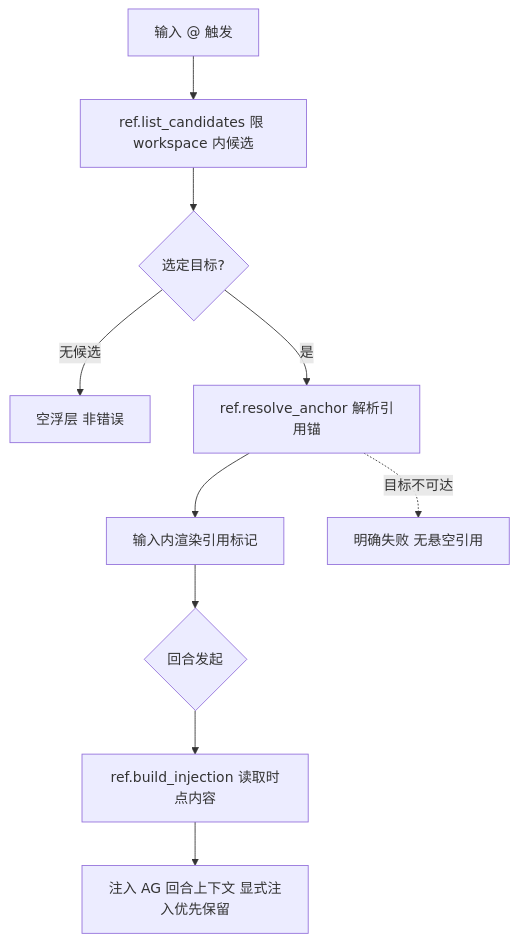
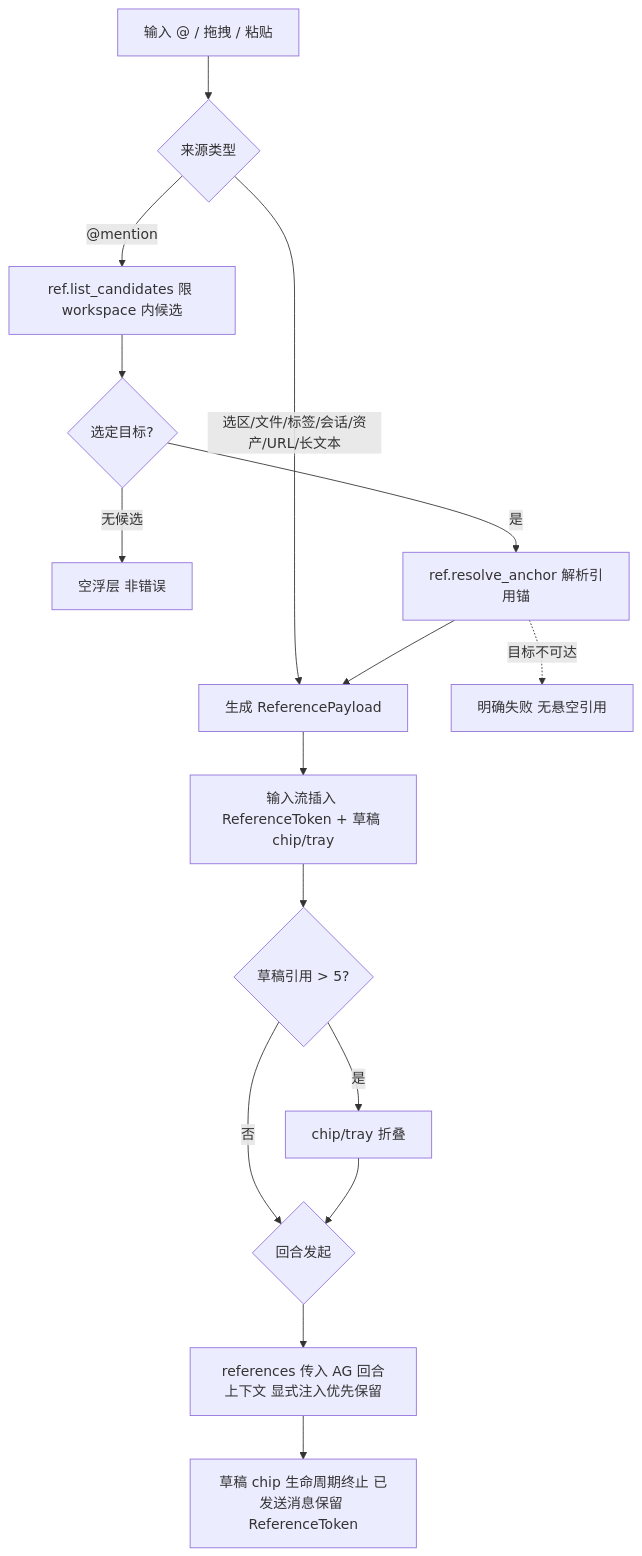
Before and after one commit to adu-chen/binder-desktop: the sixth of 10 diagrams in docs/01_modules/SYS/A-SYS-C-T-02_前端交互架构与流程总图.md, drawn with Mermaid. The commit also changed other lines of this file and 142 other files, not shown here.

````diff
--- a/docs/01_modules/SYS/A-SYS-C-T-02_前端交互架构与流程总图.md
+++ b/docs/01_modules/SYS/A-SYS-C-T-02_前端交互架构与流程总图.md
@@ -210,12 +263,18 @@
 ```mermaid
 flowchart TD
-  AT["输入 @ 触发"] --> LC[ref.list_candidates 限 workspace 内候选]
+  SRC["输入 @ / 拖拽 / 粘贴"] --> TY{来源类型}
+  TY -- "@mention" --> LC[ref.list_candidates 限 workspace 内候选]
   LC --> SEL{选定目标?}
   SEL -- 无候选 --> EM[空浮层 非错误]
   SEL -- 是 --> RA[ref.resolve_anchor 解析引用锚]
-  RA --> MK[输入内渲染引用标记]
-  MK --> ON{回合发起}
-  ON --> BI[ref.build_injection 读取时点内容]
-  BI --> AG2[注入 AG 回合上下文 显式注入优先保留]
+  TY -- "选区/文件/标签/会话/资产/URL/长文本" --> RP[生成 ReferencePayload]
+  RA --> RP
+  RP --> MK[输入流插入 ReferenceToken + 草稿 chip/tray]
+  MK --> CP{草稿引用 > 5?}
+  CP -- 是 --> CO[chip/tray 折叠]
+  CP -- 否 --> ON{回合发起}
+  CO --> ON
+  ON --> AG2[references 传入 AG 回合上下文 显式注入优先保留]
+  AG2 --> CL[草稿 chip 生命周期终止 已发送消息保留 ReferenceToken]
   RA -. 目标不可达 .-> EF2[明确失败 无悬空引用]
 ```
````
